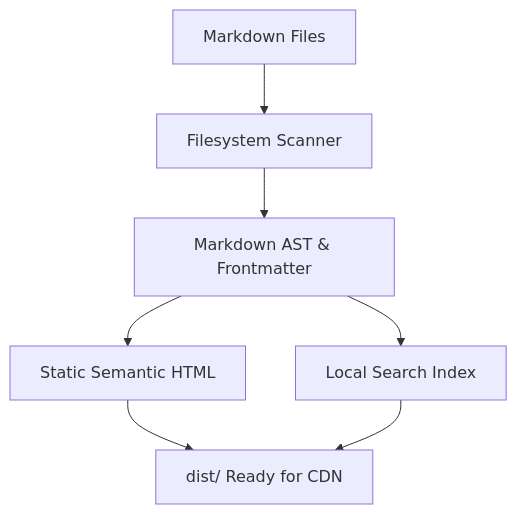
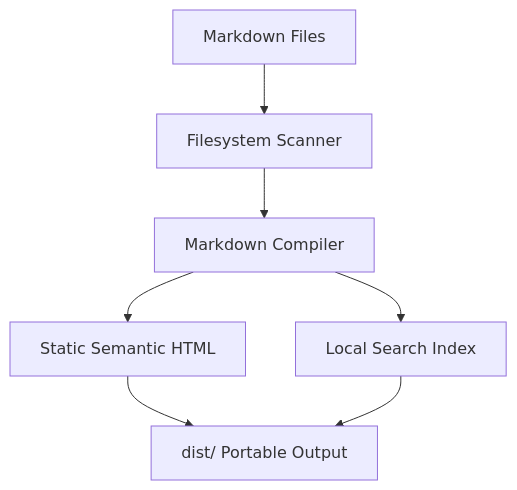
The first of 2 diagrams in docs/guide/diagrams.md (litepacks/docboot), drawn with Mermaid before and after one commit. The commit also changed other lines of this file and 27 other files, not shown here.

Commit message:
docs: restructure documentation around zero-config positioning, accurate architecture, and built-in tooling

````diff
--- a/docs/guide/diagrams.md
+++ b/docs/guide/diagrams.md
@@ -15,9 +27,9 @@
 ```mermaid
 graph TD
   MD[Markdown Files] --> Scanner[Filesystem Scanner]
-  Scanner --> AST[Markdown AST & Frontmatter]
-  AST --> HTML[Static Semantic HTML]
-  AST --> MiniSearch[Local Search Index]
-  HTML --> Dist[dist/ Ready for CDN]
+  Scanner --> Compiler[Markdown Compiler]
+  Compiler --> HTML[Static Semantic HTML]
+  Compiler --> MiniSearch[Local Search Index]
+  HTML --> Dist[dist/ Portable Output]
   MiniSearch --> Dist
 ```
````
